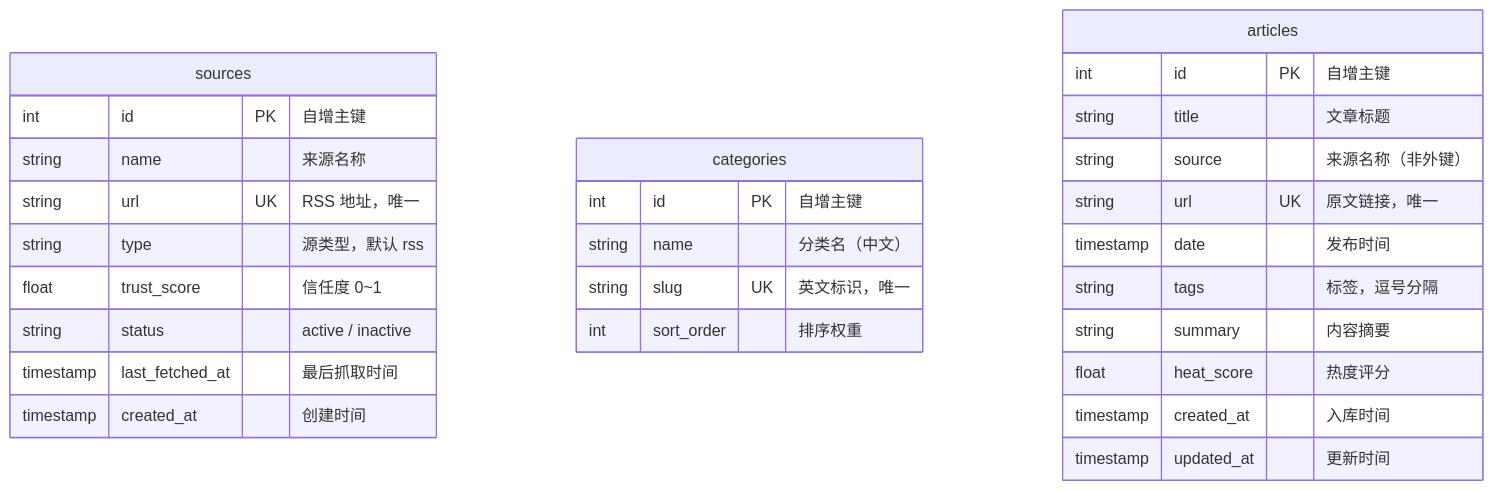
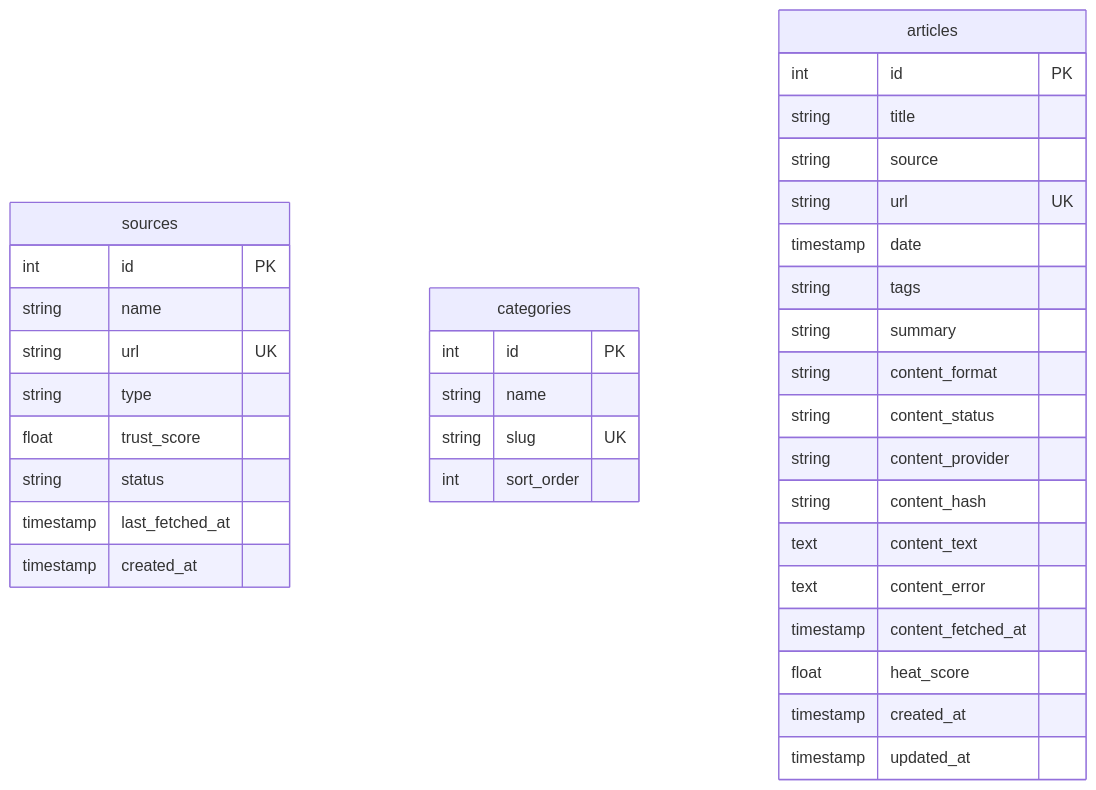
One commit to AzureTsui/Tripolar changed the second of 2 diagrams in README.md. Above: the diagram before and after it, drawn with Mermaid. The commit also changed other lines of this file and 15 other files, not shown here.

````diff
--- a/README.md
+++ b/README.md
@@ -117,33 +99,40 @@
 ```mermaid
 erDiagram
     sources {
-        int id PK "自增主键"
-        string name "来源名称"
-        string url UK "RSS 地址，唯一"
-        string type "源类型，默认 rss"
-        float trust_score "信任度 0~1"
-        string status "active / inactive"
-        timestamp last_fetched_at "最后抓取时间"
-        timestamp created_at "创建时间"
+        int id PK
+        string name
+        string url UK
+        string type
+        float trust_score
+        string status
+        timestamp last_fetched_at
+        timestamp created_at
     }
 
     categories {
-        int id PK "自增主键"
-        string name "分类名（中文）"
-        string slug UK "英文标识，唯一"
-        int sort_order "排序权重"
+        int id PK
+        string name
+        string slug UK
+        int sort_order
     }
 
     articles {
-        int id PK "自增主键"
-        string title "文章标题"
-        string source "来源名称（非外键）"
-        string url UK "原文链接，唯一"
-        timestamp date "发布时间"
-        string tags "标签，逗号分隔"
-        string summary "内容摘要"
-        float heat_score "热度评分"
-        timestamp created_at "入库时间"
-        timestamp updated_at "更新时间"
+        int id PK
+        string title
+        string source
+        string url UK
+        timestamp date
+        string tags
+        string summary
+        string content_format
+        string content_status
+        string content_provider
+        string content_hash
+        text content_text
+        text content_error
+        timestamp content_fetched_at
+        float heat_score
+        timestamp created_at
+        timestamp updated_at
     }
 ```
````
